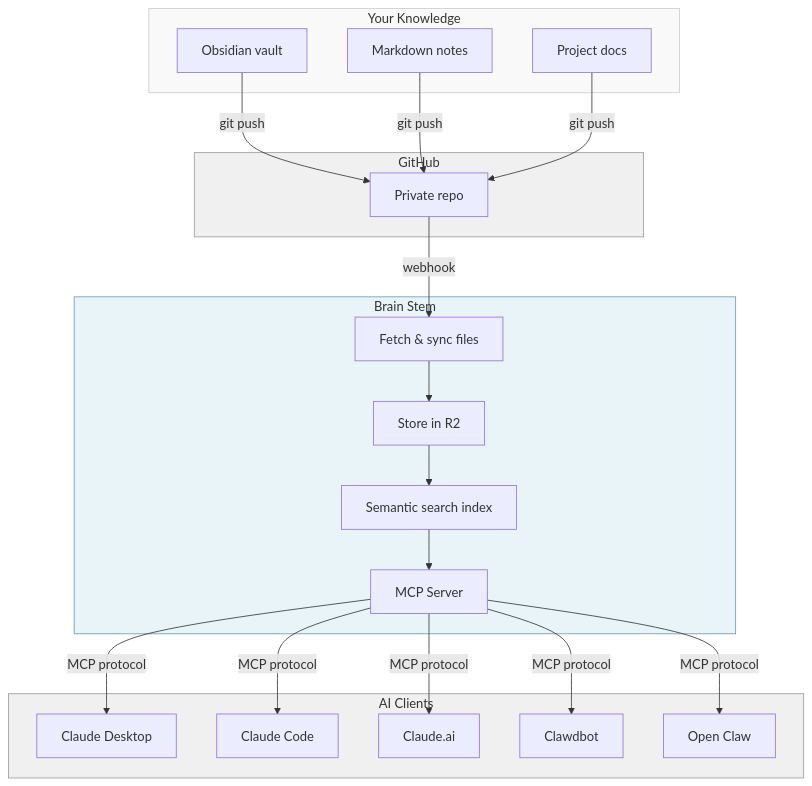
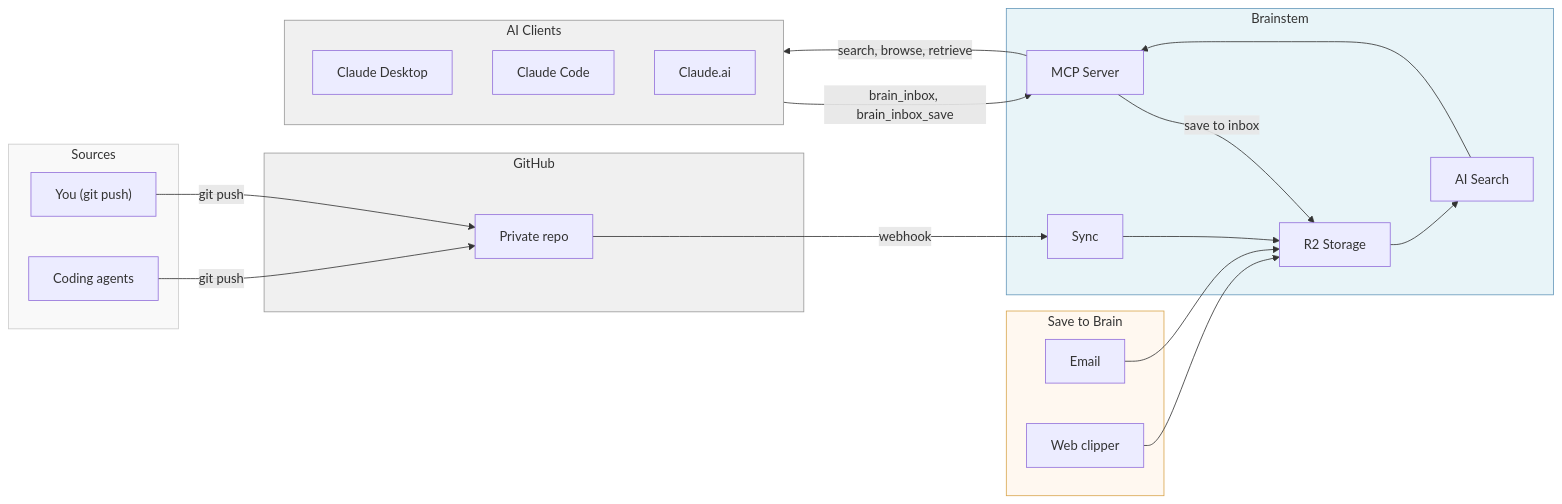
The diagram in site/content.md (dudgeon/git-brain), drawn with Mermaid before and after one commit. The commit also changed other lines of this file and 5 other files, not shown here.

First line of the commit message:
Update docs, diagram, and add iOS Shortcut PRD

````diff
--- a/site/content.md
+++ b/site/content.md
@@ -36,37 +36,43 @@
 ```mermaid
-flowchart TD
-    subgraph knowledge["Your Knowledge"]
-        obsidian["Obsidian vault"]
-        markdown["Markdown notes"]
-        docs["Project docs"]
+flowchart LR
+    subgraph sources["Sources"]
+        user["You (git push)"]
+        agents["Coding agents"]
     end
 
     subgraph github["GitHub"]
         repo["Private repo"]
     end
 
-    subgraph brainstem["Brain Stem"]
-        sync["Fetch & sync files"]
-        store["Store in R2"]
-        index["Semantic search index"]
+    subgraph save["Save to Brain"]
+        email["Email"]
+        clip["Web clipper"]
+    end
+
+    subgraph brainstem["Brainstem"]
+        sync["Sync"]
+        store["R2 Storage"]
+        index["AI Search"]
         mcp["MCP Server"]
     end
 
     subgraph clients["AI Clients"]
         desktop["Claude Desktop"]
         code["Claude Code"]
         web["Claude.ai"]
-        clawdbot["Clawdbot"]
-        openclaw["Open Claw"]
     end
 
-    obsidian & markdown & docs -->|git push| repo
+    user & agents -->|git push| repo
     repo -->|webhook| sync
     sync --> store --> index --> mcp
-    mcp -->|MCP protocol| desktop & code & web & clawdbot & openclaw
+    email & clip --> store
+    mcp -->|search, browse, retrieve| clients
+    clients -->|brain_inbox, brain_inbox_save| mcp
+    mcp -->|save to inbox| store
 
-    style knowledge fill:#f9f9f9,stroke:#ccc
+    style sources fill:#f9f9f9,stroke:#ccc
     style github fill:#f0f0f0,stroke:#999
+    style save fill:#fff8f0,stroke:#d9a64e
     style brainstem fill:#e8f4f8,stroke:#69b
     style clients fill:#f0f0f0,stroke:#999
 ```
````
